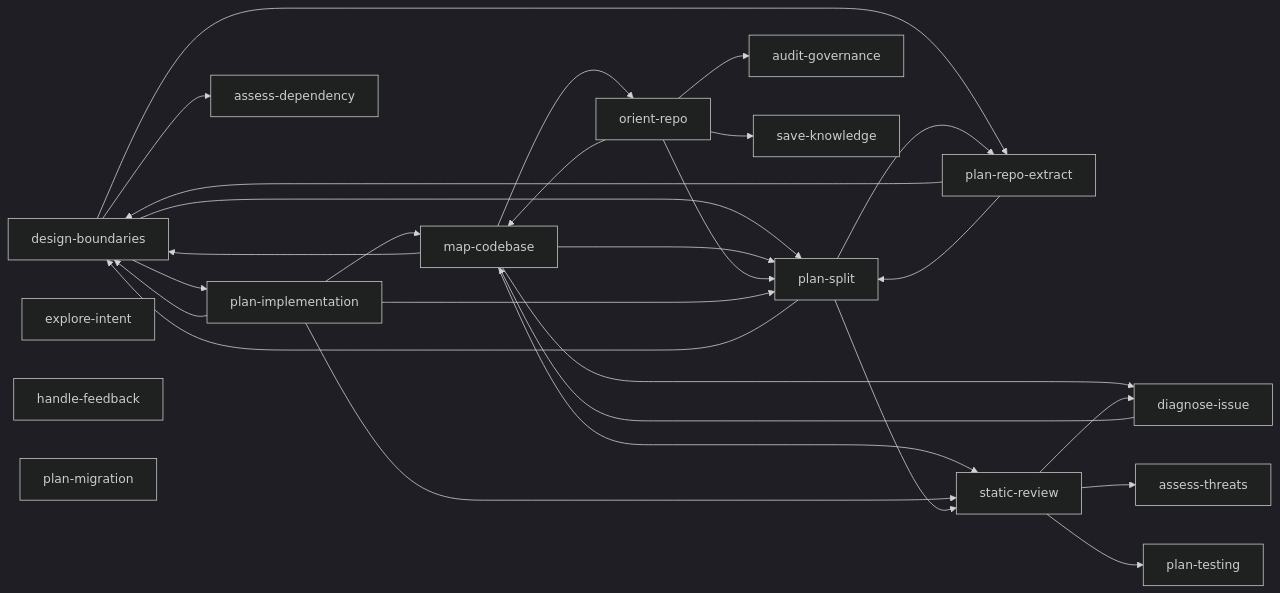
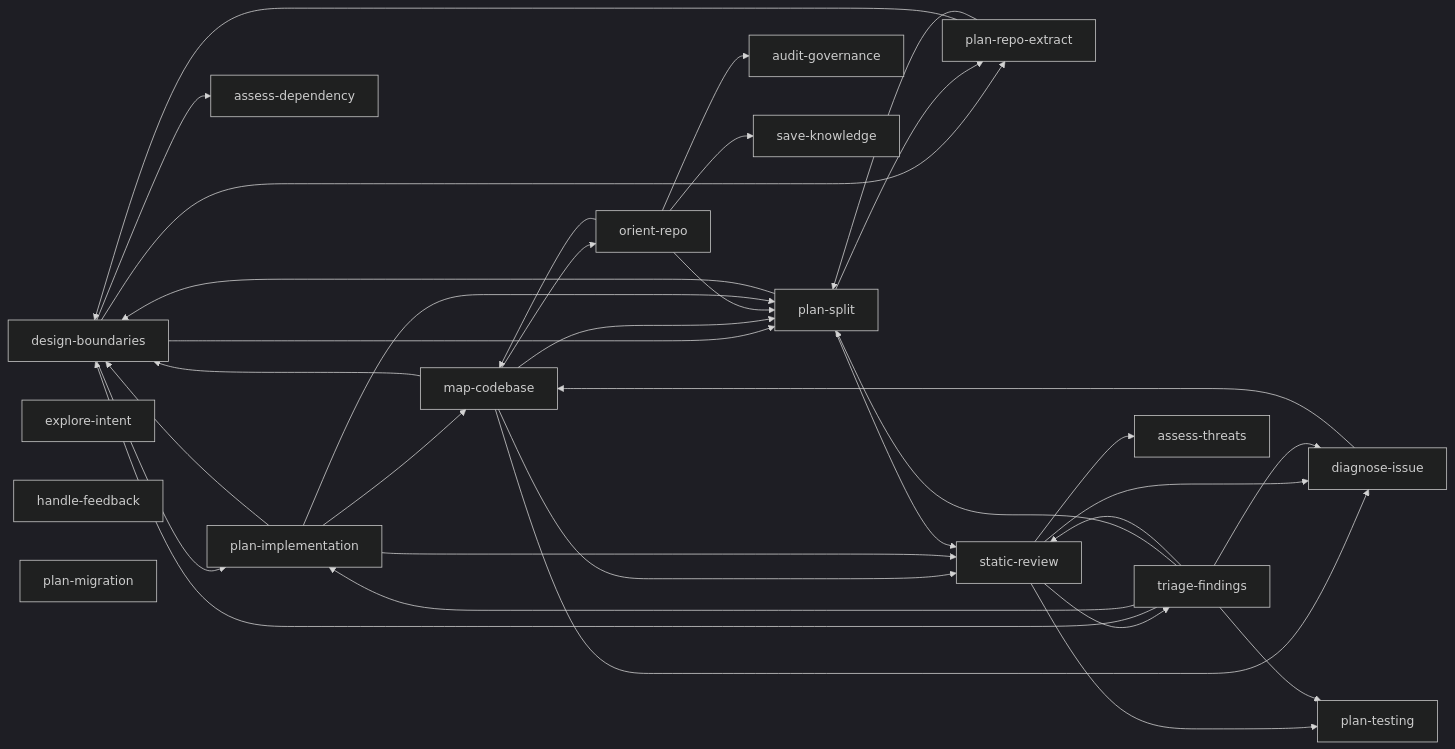
The first of 4 diagrams in README.md (tacticaldoll/fornax), drawn with Mermaid (dark theme) before and after one commit. The commit also changed other lines of this file and 3 other files, not shown here.

````diff
--- a/README.md
+++ b/README.md
@@ -80,41 +85,49 @@
 ```mermaid
 flowchart LR
     design-boundaries
     diagnose-issue
     explore-intent
     handle-feedback
     map-codebase
     orient-repo
     plan-implementation
     plan-migration
     plan-repo-extract
     plan-split
     plan-testing
     static-review
+    triage-findings
     design-boundaries --> assess-dependency
     design-boundaries --> plan-implementation
     design-boundaries --> plan-repo-extract
     design-boundaries --> plan-split
     diagnose-issue --> map-codebase
     map-codebase --> design-boundaries
     map-codebase --> diagnose-issue
     map-codebase --> orient-repo
     map-codebase --> plan-split
     map-codebase --> static-review
     orient-repo --> audit-governance
     orient-repo --> map-codebase
     orient-repo --> plan-split
     orient-repo --> save-knowledge
     plan-implementation --> design-boundaries
     plan-implementation --> map-codebase
     plan-implementation --> plan-split
     plan-implementation --> static-review
     plan-repo-extract --> design-boundaries
     plan-repo-extract --> plan-split
     plan-split --> design-boundaries
     plan-split --> plan-repo-extract
     plan-split --> static-review
     static-review --> assess-threats
     static-review --> diagnose-issue
     static-review --> plan-testing
+    static-review --> triage-findings
+    triage-findings --> design-boundaries
+    triage-findings --> diagnose-issue
+    triage-findings --> plan-implementation
+    triage-findings --> plan-split
+    triage-findings --> plan-testing
+    triage-findings --> static-review
 ```
````
